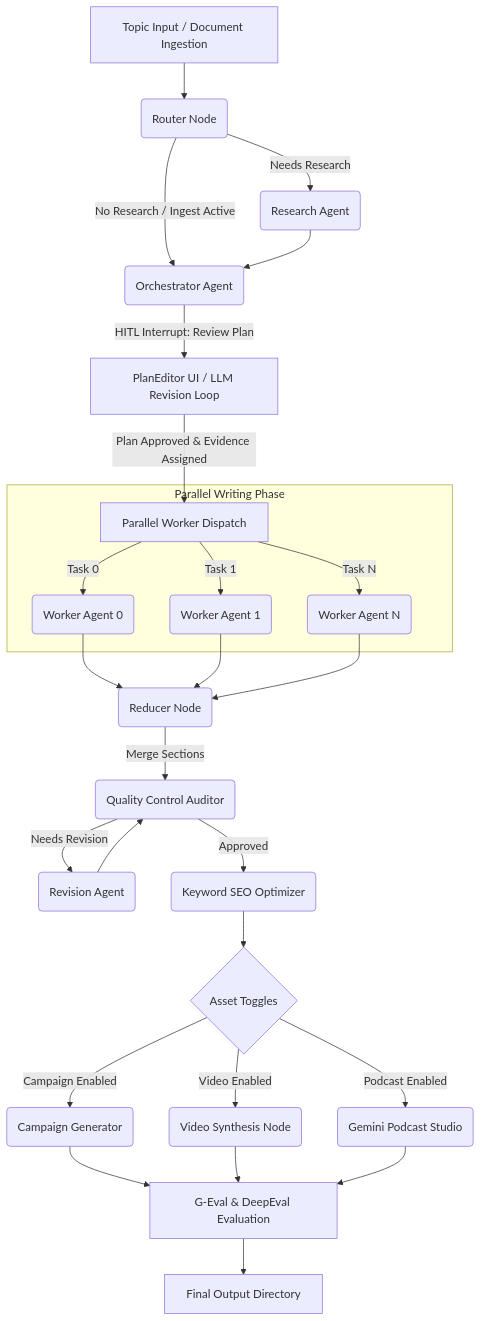
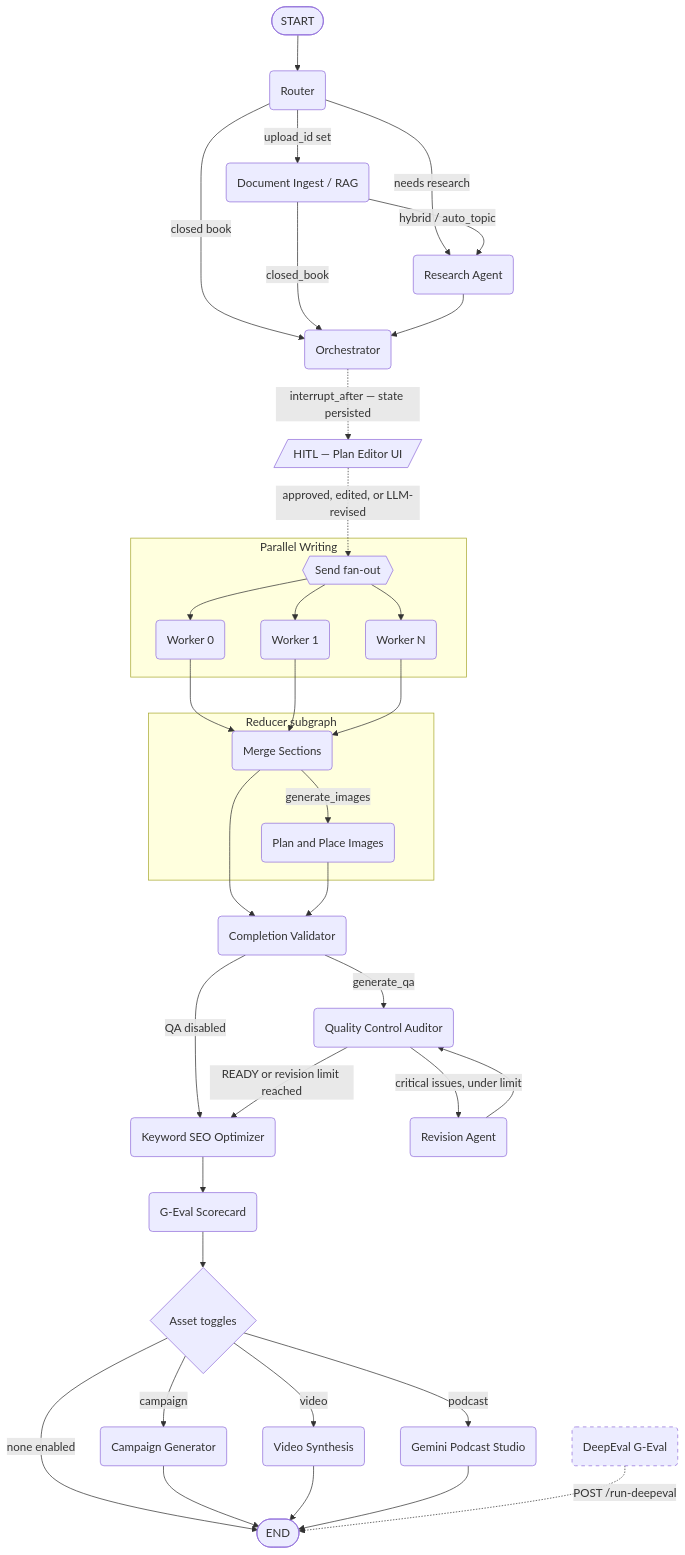
One commit to Shah-123/Ai-Content-Facotry changed the diagram in readme.md. Above: the diagram before and after it, drawn with Mermaid. The commit also changed other lines of this file and 30 other files, not shown here.

````diff
--- a/readme.md
+++ b/readme.md
@@ -35,36 +44,52 @@
 ```mermaid
 graph TD
-    A[Topic Input / Document Ingestion] --> B(Router Node)
-    B -->|Needs Research| C(Research Agent)
-    B -->|No Research / Ingest Active| D(Orchestrator Agent)
+    START([START]) --> B(Router)
+
+    B -->|upload_id set| ING(Document Ingest / RAG)
+    B -->|needs research| C(Research Agent)
+    B -->|closed book| D(Orchestrator)
+    ING -->|closed_book| D
+    ING -->|hybrid / auto_topic| C
     C --> D
-    
-    D -->|HITL Interrupt: Review Plan| E[PlanEditor UI / LLM Revision Loop]
-    E -->|Plan Approved & Evidence Assigned| F[Parallel Worker Dispatch]
-    
-    subgraph Parallel Writing Phase
-        F -->|Task 0| G0(Worker Agent 0)
-        F -->|Task 1| G1(Worker Agent 1)
-        F -->|Task N| GN(Worker Agent N)
+
+    D -.->|"interrupt_after — state persisted"| E[/"HITL — Plan Editor UI"/]
+    E -.->|"approved, edited, or LLM-revised"| F{{Send fan-out}}
+
+    subgraph PAR [Parallel Writing]
+        F --> G0(Worker 0)
+        F --> G1(Worker 1)
+        F --> GN(Worker N)
     end
-    
-    G0 --> H(Reducer Node)
+
+    G0 --> H
     G1 --> H
     GN --> H
-    
-    H -->|Merge Sections| I(Quality Control Auditor)
-    I -->|Needs Revision| J(Revision Agent)
+
+    subgraph RED [Reducer subgraph]
+        H(Merge Sections) -->|generate_images| H2("Plan and Place Images")
+    end
+
+    H --> CV(Completion Validator)
+    H2 --> CV
+
+    CV -->|generate_qa| I(Quality Control Auditor)
+    CV -->|QA disabled| K
+    I -->|"critical issues, under limit"| J(Revision Agent)
     J --> I
-    I -->|Approved| K(Keyword SEO Optimizer)
-    
-    K --> L{Asset Toggles}
-    L -->|Campaign Enabled| M(Campaign Generator)
-    L -->|Video Enabled| N(Video Synthesis Node)
-    L -->|Podcast Enabled| O(Gemini Podcast Studio)
-    
-    M --> P[G-Eval & DeepEval Evaluation]
-    N --> P
-    O --> P
-    
-    P --> Q[Final Output Directory]
+    I -->|"READY or revision limit reached"| K(Keyword SEO Optimizer)
+
+    K --> P(G-Eval Scorecard)
+
+    P --> L{Asset toggles}
+    L -->|campaign| M(Campaign Generator)
+    L -->|video| N(Video Synthesis)
+    L -->|podcast| O(Gemini Podcast Studio)
+    L -->|none enabled| Z
+
+    M --> Z([END])
+    N --> Z
+    O --> Z
+
+    DE(DeepEval G-Eval):::ondemand -.->|"POST /run-deepeval"| Z
+    classDef ondemand stroke-dasharray: 5 5
 ```
````
